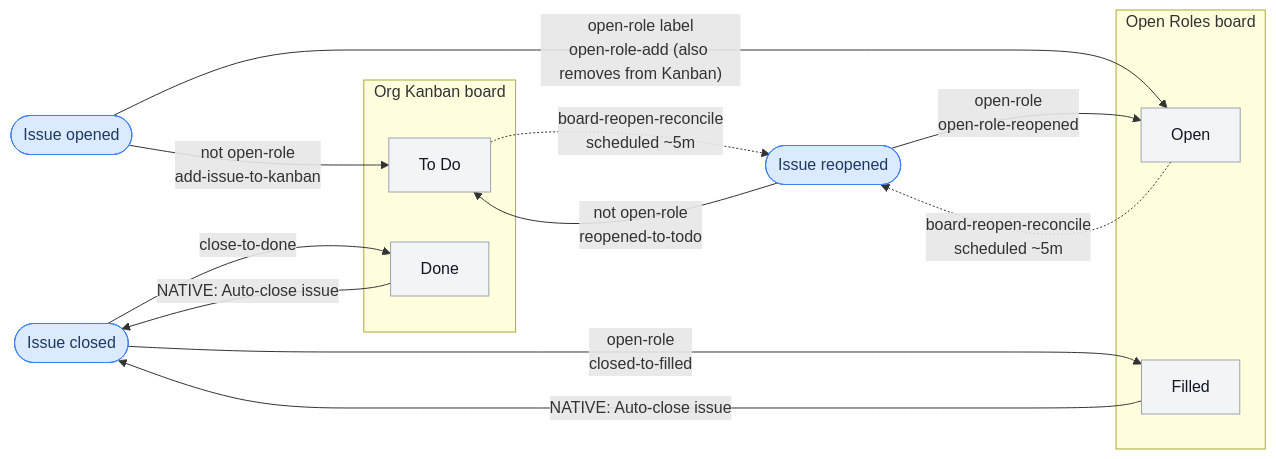
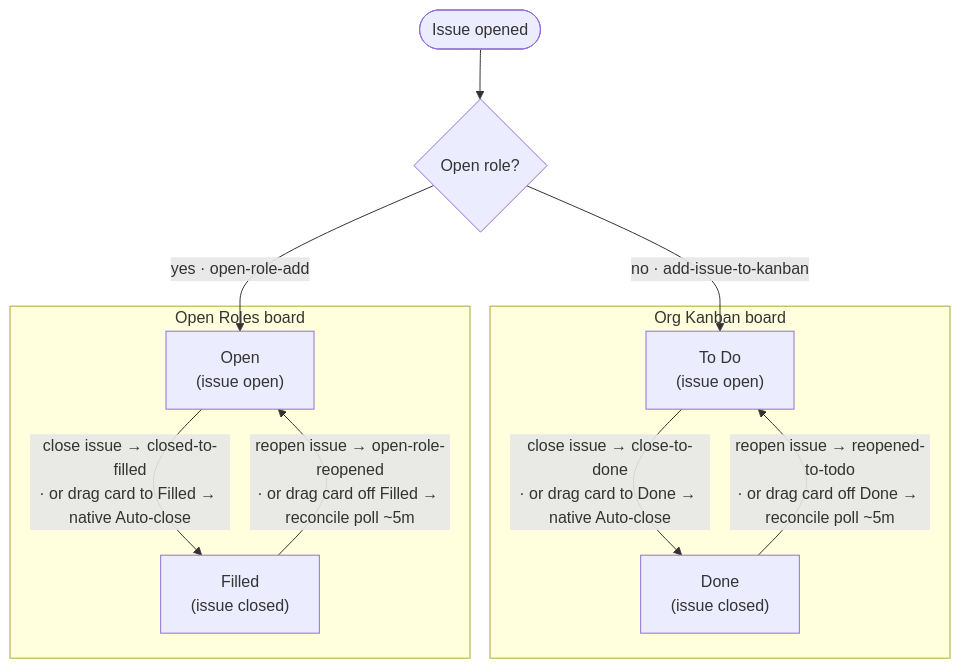
One commit to open-austin/org changed the diagram in README.md. Above: the diagram before and after it, drawn with Mermaid. The commit also changed other lines of this file and 10 other files, not shown here.

````diff
--- a/README.md
+++ b/README.md
@@ -42,32 +40,21 @@
 ```mermaid
-flowchart LR
-    NEW([Issue opened]):::evt
-    CLOSE([Issue closed]):::evt
-    REOPEN([Issue reopened]):::evt
+flowchart TD
+    OPENED([Issue opened]) --> Q{Open role?}
 
     subgraph KANBAN["Org Kanban board"]
-        K_TODO["To Do"]:::col
-        K_DONE["Done"]:::col
-    end
-    subgraph ROLES["Open Roles board"]
-        R_OPEN["Open"]:::col
-        R_FILLED["Filled"]:::col
+        K_TODO["To Do<br/>(issue open)"]
+        K_DONE["Done<br/>(issue closed)"]
+        K_TODO -->|"close issue → close-to-done<br/>· or drag card to Done → native Auto-close"| K_DONE
+        K_DONE -->|"reopen issue → reopened-to-todo<br/>· or drag card off Done → reconcile poll ~5m"| K_TODO
     end
 
-    %% Issue -> board (event-driven code, immediate)
-    NEW -->|"not open-role<br/>add-issue-to-kanban"| K_TODO
-    NEW -->|"open-role label<br/>open-role-add (also removes from Kanban)"| R_OPEN
-    CLOSE -->|"close-to-done"| K_DONE
-    CLOSE -->|"open-role<br/>closed-to-filled"| R_FILLED
-    REOPEN -->|"not open-role<br/>reopened-to-todo"| K_TODO
-    REOPEN -->|"open-role<br/>open-role-reopened"| R_OPEN
+    subgraph ROLES["Open Roles board"]
+        R_OPEN["Open<br/>(issue open)"]
+        R_FILLED["Filled<br/>(issue closed)"]
+        R_OPEN -->|"close issue → closed-to-filled<br/>· or drag card to Filled → native Auto-close"| R_FILLED
+        R_FILLED -->|"reopen issue → open-role-reopened<br/>· or drag card off Filled → reconcile poll ~5m"| R_OPEN
+    end
 
-    %% Board -> issue (native close = solid, scheduled reopen = dotted)
-    K_DONE -->|"NATIVE: Auto-close issue"| CLOSE
-    R_FILLED -->|"NATIVE: Auto-close issue"| CLOSE
-    K_TODO -.->|"board-reopen-reconcile<br/>scheduled ~5m"| REOPEN
-    R_OPEN -.->|"board-reopen-reconcile<br/>scheduled ~5m"| REOPEN
-
-    classDef evt fill:#dbeafe,stroke:#3b82f6,color:#1e3a5f;
-    classDef col fill:#f3f4f6,stroke:#9ca3af,color:#111827;
+    Q -->|no · add-issue-to-kanban| K_TODO
+    Q -->|yes · open-role-add| R_OPEN
 ```
````
